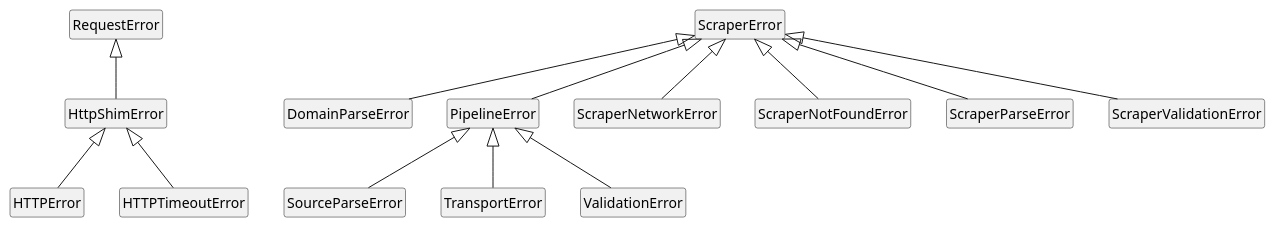
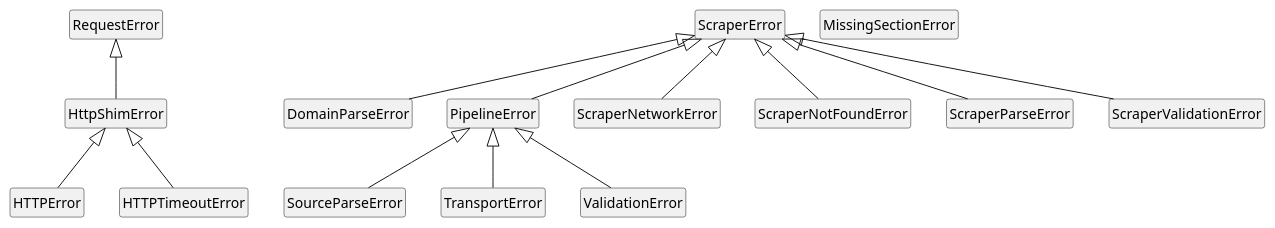
One commit to bgembalczyk/F1 changed the diagram in docs/uml/handmade/errors/errors.puml. Above: the diagram before and after it, drawn with PlantUML. The commit also changed 18 other files, not shown here.

```diff
--- a/docs/uml/handmade/errors/errors.puml
+++ b/docs/uml/handmade/errors/errors.puml
@@ -1,37 +1,39 @@
 @startuml
 
 hide circle
 hide empty members
 
 
 class RequestError
 class HttpShimError
 class HTTPError
 class HTTPTimeoutError
 class ScraperError
 class DomainParseError
 class PipelineError
 class ScraperNetworkError
 class ScraperNotFoundError
 class ScraperParseError
 class ScraperValidationError
 class SourceParseError
 class TransportError
 class ValidationError
+class MissingSectionError
+
 
 RequestError <|-- HttpShimError
 
 HttpShimError <|-- HTTPError
 HttpShimError <|-- HTTPTimeoutError
 
 ScraperError <|-- DomainParseError
 ScraperError <|-- PipelineError
 ScraperError <|-- ScraperNetworkError
 ScraperError <|-- ScraperNotFoundError
 ScraperError <|-- ScraperParseError
 ScraperError <|-- ScraperValidationError
 
 PipelineError <|-- SourceParseError
 PipelineError <|-- TransportError
 PipelineError <|-- ValidationError
 @enduml
```
